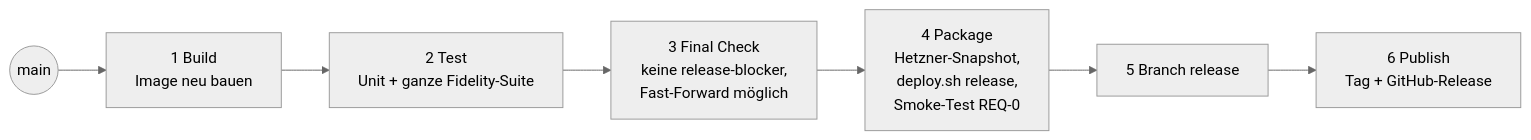
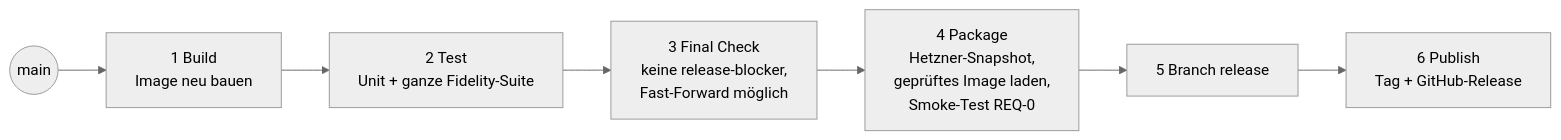
Before and after one commit to MarvinJakob/KIPerspektiven: the second of 2 diagrams in ARCHITECTURE.md, drawn with Mermaid (neutral theme). The commit also changed other lines of this file and 27 other files, not shown here.

````diff
--- a/ARCHITECTURE.md
+++ b/ARCHITECTURE.md
@@ -232,9 +235,9 @@
 ```mermaid
 flowchart LR
     S((main)) --> B[1 Build<br/>Image neu bauen]
     B --> T[2 Test<br/>Unit + ganze Fidelity-Suite]
     T --> F[3 Final Check<br/>keine release-blocker,<br/>Fast-Forward möglich]
-    F --> P[4 Package<br/>Hetzner-Snapshot,<br/>deploy.sh release,<br/>Smoke-Test REQ-0]
+    F --> P[4 Package<br/>Hetzner-Snapshot,<br/>geprüftes Image laden,<br/>Smoke-Test REQ-0]
     P --> R[5 Branch release]
     R --> X[6 Publish<br/>Tag + GitHub-Release]
 ```
````
